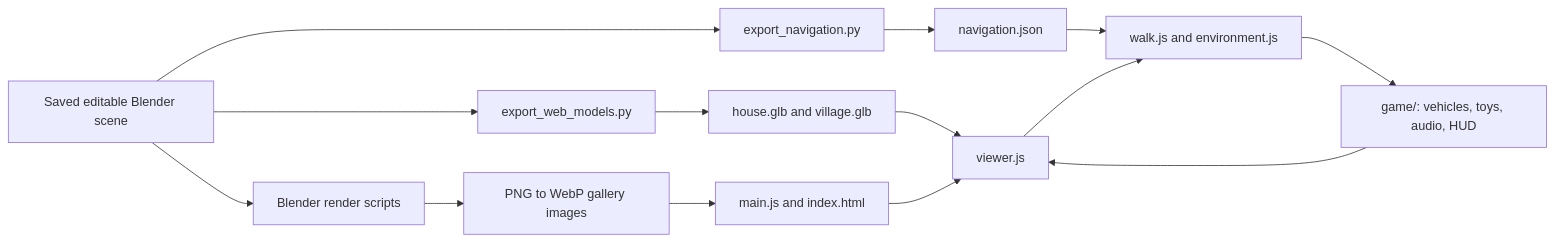
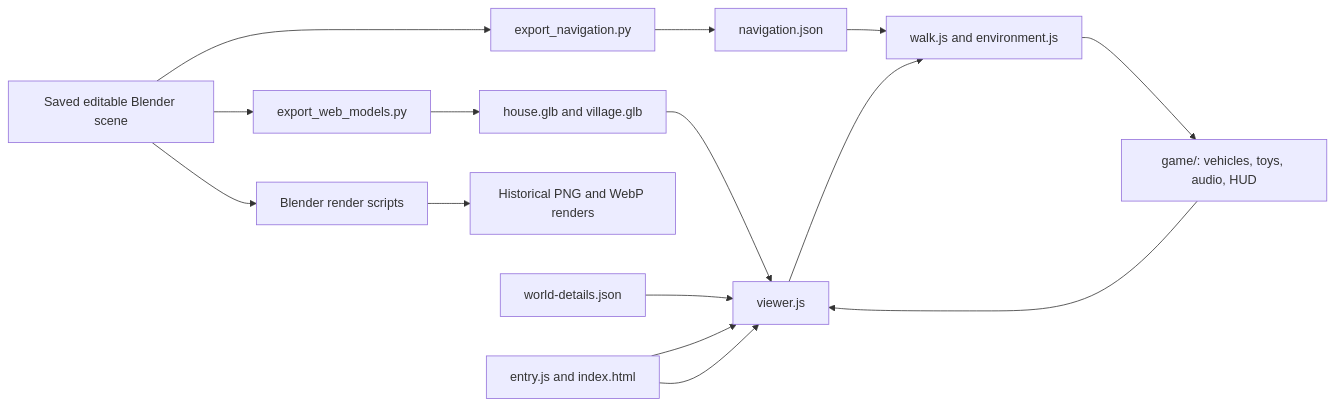
The diagram in HANDOFF.md (mendal2377-droid/SmallVillage), drawn with Mermaid before and after one commit. The commit also changed other lines of this file and 30 other files, not shown here.

````diff
--- a/HANDOFF.md
+++ b/HANDOFF.md
@@ -66,16 +68,17 @@
 ```mermaid
 flowchart LR
   B[Saved editable Blender scene] --> E[export_web_models.py]
   B --> N[export_navigation.py]
   B --> R[Blender render scripts]
   E --> G[house.glb and village.glb]
   N --> J[navigation.json]
-  R --> I[PNG to WebP gallery images]
+  R --> I[Historical PNG and WebP renders]
   G --> V[viewer.js]
   J --> W[walk.js and environment.js]
   V --> W
   W --> P[game/: vehicles, toys, audio, HUD]
   P --> V
-  I --> M[main.js and index.html]
+  D[world-details.json] --> V
+  M[entry.js and index.html] --> V
   M --> V
 ```
````
